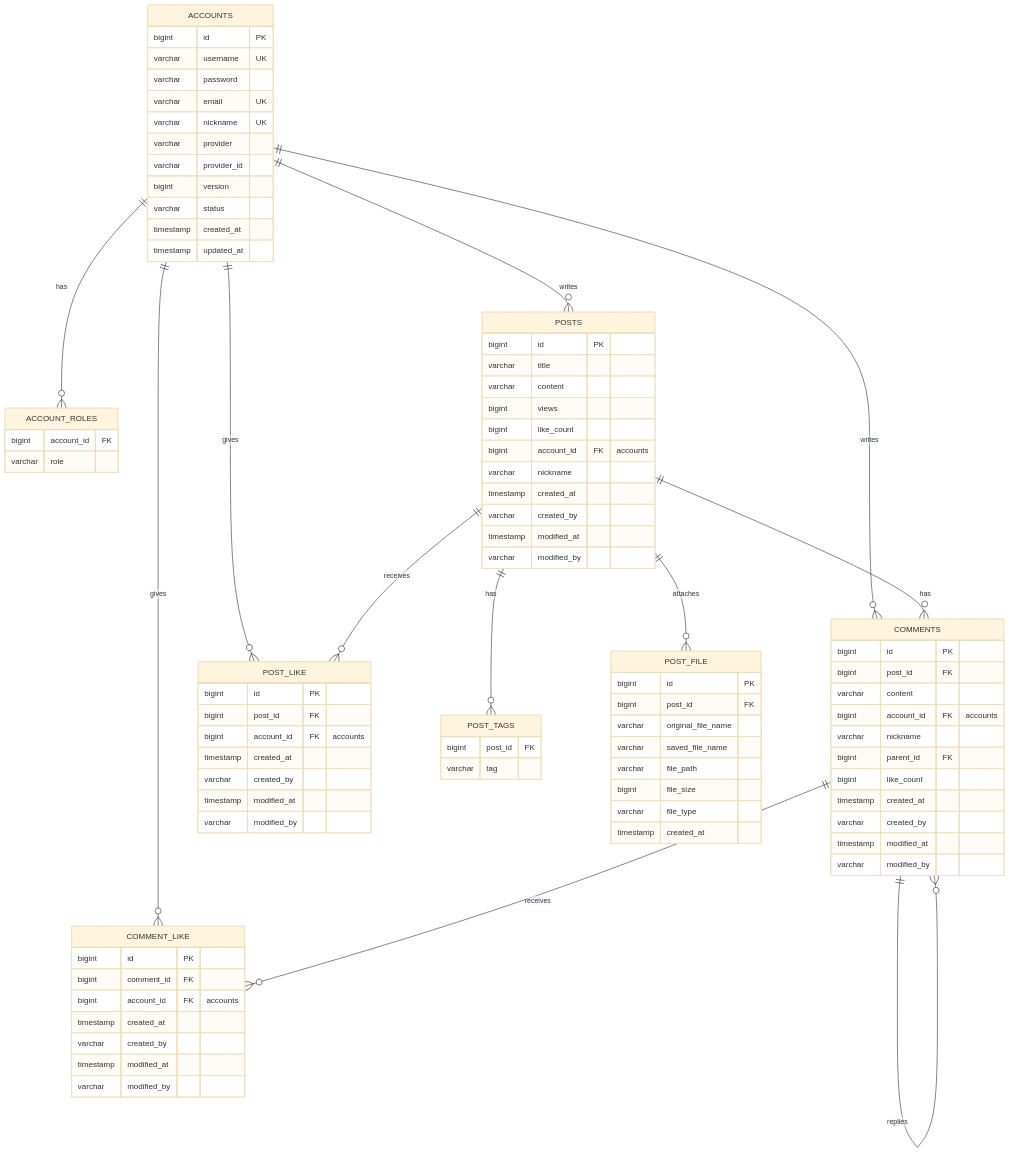
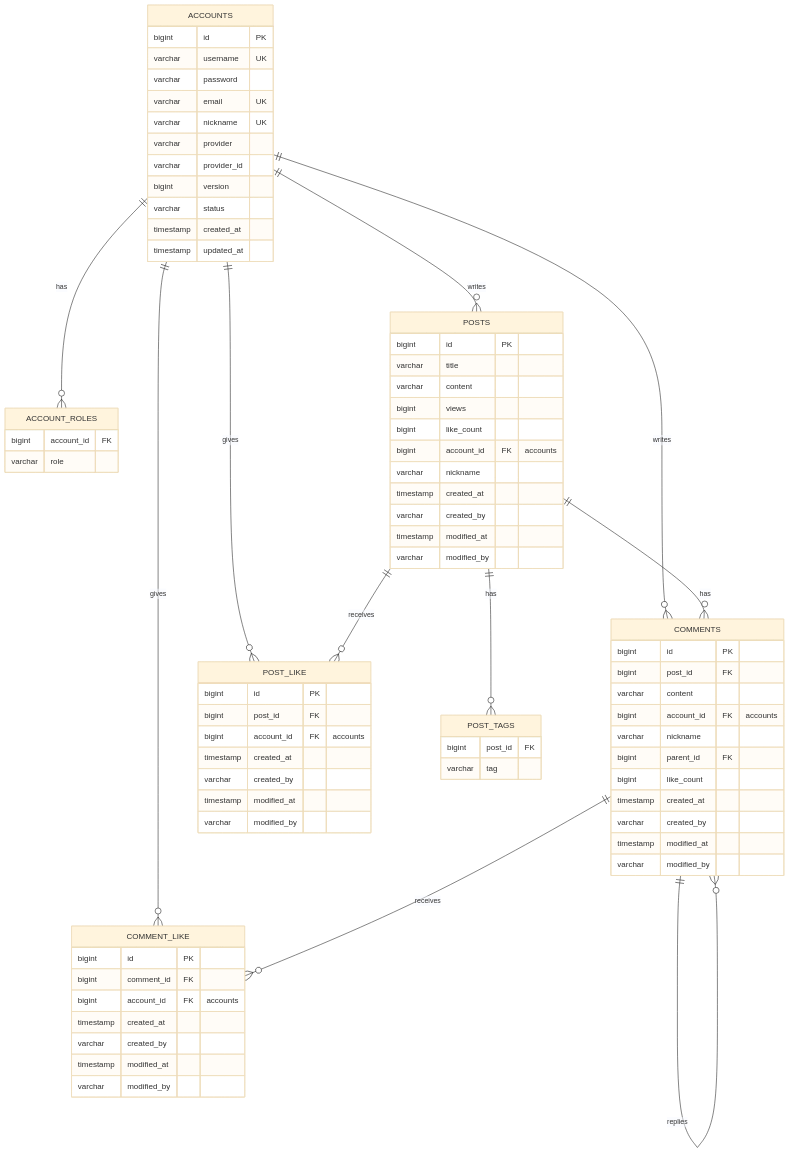
The diagram in docs/database/postforge-mvp-erd.md (Rat2Race/post-forge), drawn with Mermaid (base theme) before and after one commit. The commit also changed 58 other files, not shown here.

````diff
--- a/docs/database/postforge-mvp-erd.md
+++ b/docs/database/postforge-mvp-erd.md
@@ -20,7 +20,6 @@
     COMMENTS ||--o{ COMMENTS : replies
     POSTS ||--o{ POST_LIKE : receives
     COMMENTS ||--o{ COMMENT_LIKE : receives
-    POSTS ||--o{ POST_FILE : attaches
 
     ACCOUNTS {
         bigint id PK
@@ -93,16 +92,4 @@
         timestamp modified_at
         varchar modified_by
     }
-
-    POST_FILE {
-        bigint id PK
-        bigint post_id FK
-        varchar original_file_name
-        varchar saved_file_name
-        varchar file_path
-        bigint file_size
-        varchar file_type
-        timestamp created_at
-    }
-
 ```
````
